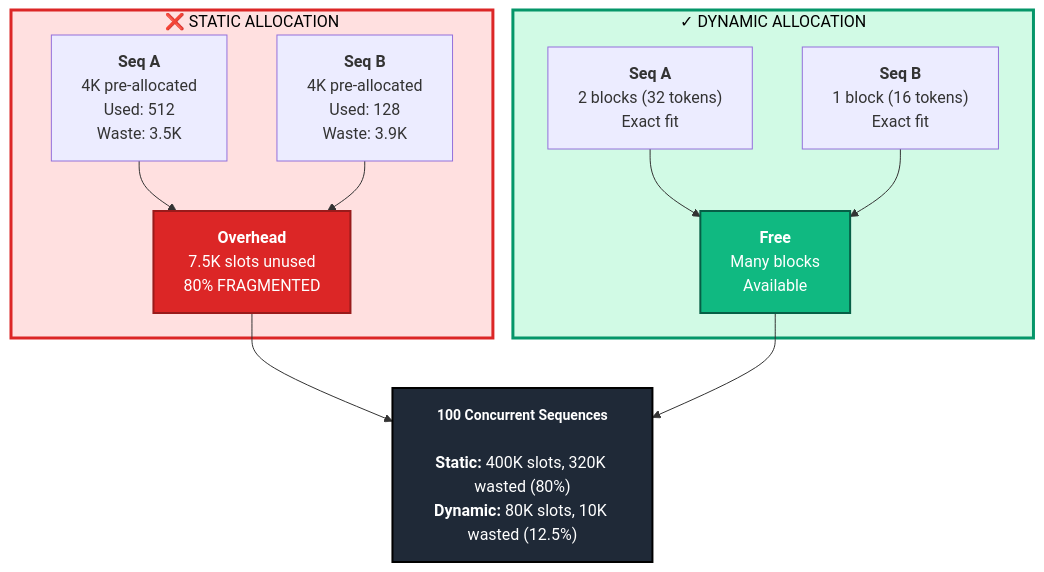
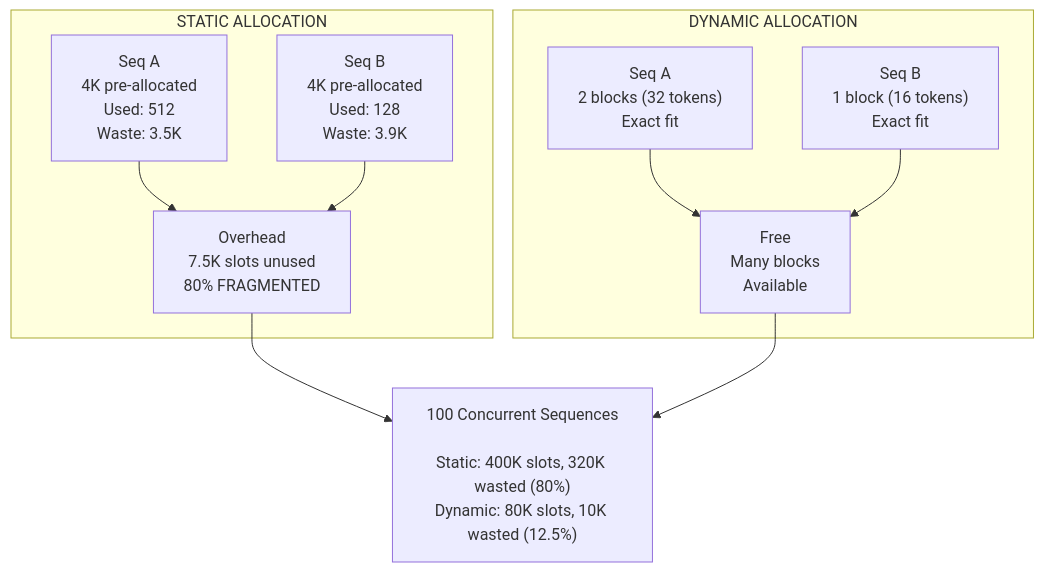
The third of 9 diagrams in lab0.3/README.md (Shahriarin2garden/vllm_from_scratch), drawn with Mermaid before and after one commit. The commit also changed other lines of this file, not shown here.

Commit message:
Refactor mermaid diagrams in Lab 0.3 README for improved readability and consistency

````diff
--- a/lab0.3/README.md
+++ b/lab0.3/README.md
@@ -227,29 +213,23 @@
 ```mermaid
 graph TD
-    subgraph STATIC["❌ STATIC ALLOCATION"]
-        S1["<b>Seq A</b><br/>4K pre-allocated<br/>Used: 512<br/>Waste: 3.5K"]
-        S2["<b>Seq B</b><br/>4K pre-allocated<br/>Used: 128<br/>Waste: 3.9K"]
-        S3["<b>Overhead</b><br/>7.5K slots unused<br/>80% FRAGMENTED"]
+    subgraph STATIC["STATIC ALLOCATION"]
+        S1["Seq A<br/>4K pre-allocated<br/>Used: 512<br/>Waste: 3.5K"]
+        S2["Seq B<br/>4K pre-allocated<br/>Used: 128<br/>Waste: 3.9K"]
+        S3["Overhead<br/>7.5K slots unused<br/>80% FRAGMENTED"]
     end
     
-    subgraph DYNAMIC["✓ DYNAMIC ALLOCATION"]
-        D1["<b>Seq A</b><br/>2 blocks (32 tokens)<br/>Exact fit"]
-        D2["<b>Seq B</b><br/>1 block (16 tokens)<br/>Exact fit"]
-        D3["<b>Free</b><br/>Many blocks<br/>Available"]
+    subgraph DYNAMIC["DYNAMIC ALLOCATION"]
+        D1["Seq A<br/>2 blocks (32 tokens)<br/>Exact fit"]
+        D2["Seq B<br/>1 block (16 tokens)<br/>Exact fit"]
+        D3["Free<br/>Many blocks<br/>Available"]
     end
     
-    STATS["<b style='font-size:14px'>100 Concurrent Sequences</b><br/><br/><b>Static:</b> 400K slots, 320K wasted (80%)<br/><b>Dynamic:</b> 80K slots, 10K wasted (12.5%)"]
+    STATS["100 Concurrent Sequences<br/><br/>Static: 400K slots, 320K wasted (80%)<br/>Dynamic: 80K slots, 10K wasted (12.5%)"]
     
     S1 --> S3
     S2 --> S3
     D1 --> D3
     D2 --> D3
     S3 --> STATS
     D3 --> STATS
-    
-    style STATIC fill:#ffe0e0,stroke:#dc2626,stroke-width:3px,color:#000
-    style S3 fill:#dc2626,color:#fff,stroke:#991b1b,stroke-width:2px
-    style DYNAMIC fill:#d1fae5,stroke:#059669,stroke-width:3px,color:#000
-    style D3 fill:#10b981,color:#fff,stroke:#065f46,stroke-width:2px
-    style STATS fill:#1f2937,color:#fff,stroke:#000,stroke-width:2px
 ```
````
